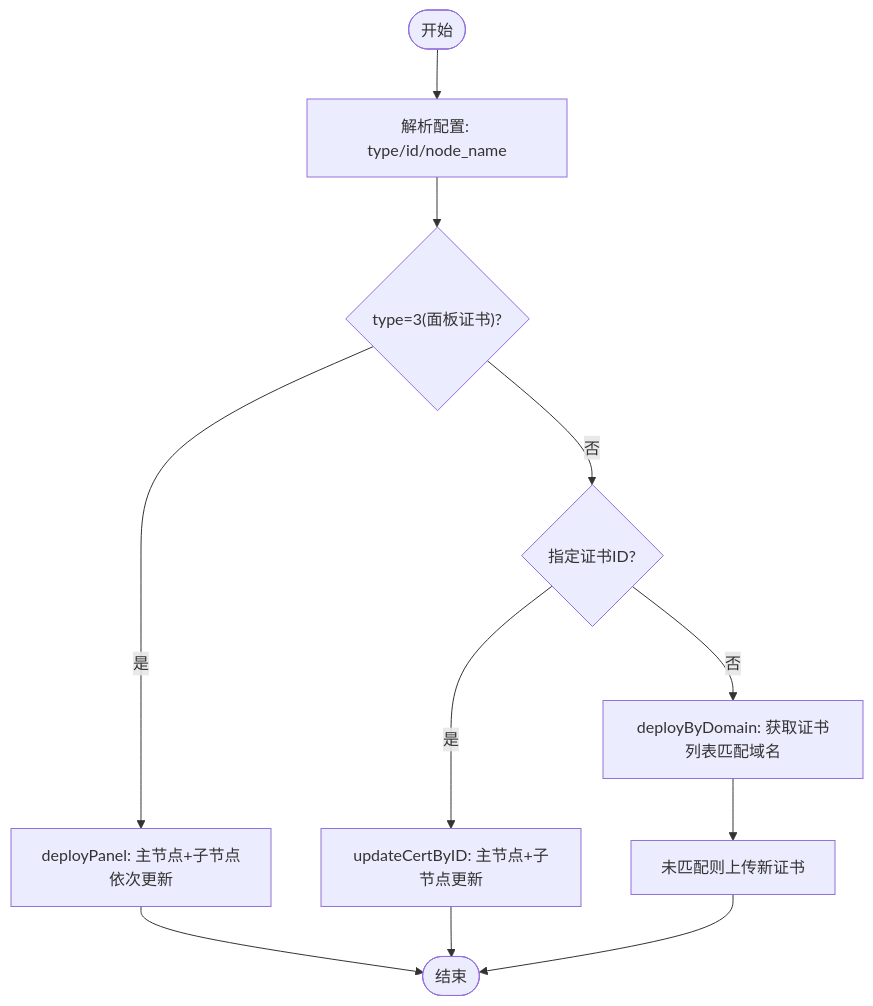
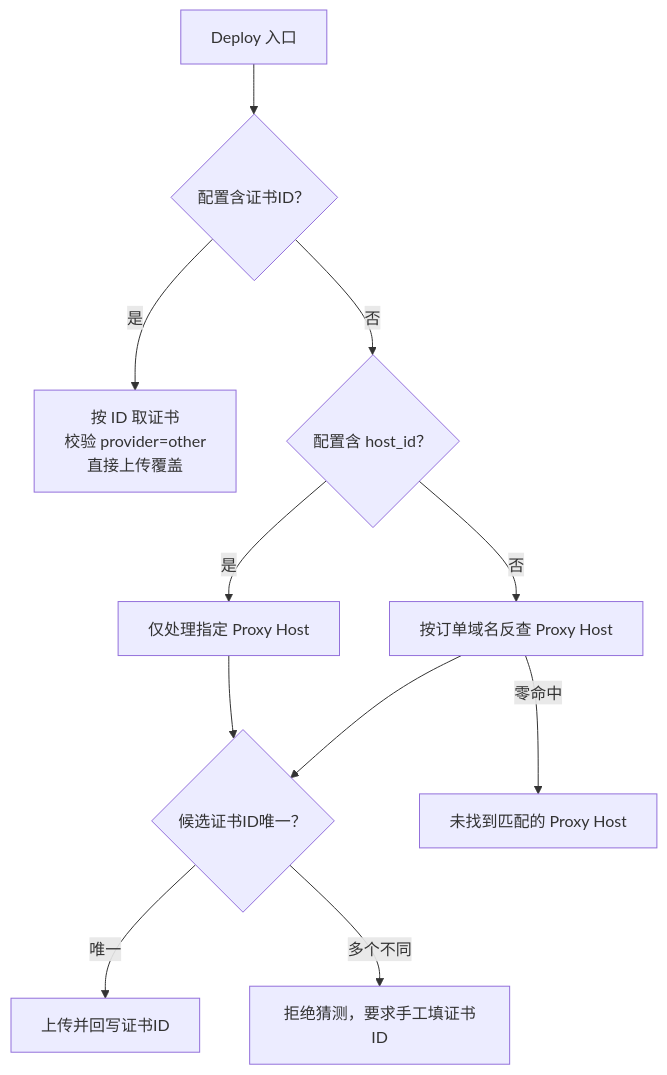
One commit to x01n/dnsplane changed the third of 4 diagrams in docs/证书管理功能/证书部署策略/面板部署.md. Above: the diagram before and after it, drawn with Mermaid. The commit also changed other lines of this file and 326 other files, not shown here.

````diff
--- a/docs/证书管理功能/证书部署策略/面板部署.md
+++ b/docs/证书管理功能/证书部署策略/面板部署.md
@@ -224,13 +439,13 @@
 ```mermaid
 flowchart TD
-S(["开始"]) --> Parse["解析配置: type/id/node_name"]
-Parse --> Type{"type=3(面板证书)?"}
-Type --> |是| Panel["deployPanel: 主节点+子节点依次更新"]
-Type --> |否| ByID{"指定证书ID?"}
-ByID --> |是| UpdateID["updateCertByID: 主节点+子节点更新"]
-ByID --> |否| Match["deployByDomain: 获取证书列表匹配域名"]
-Match --> UploadNew["未匹配则上传新证书"]
-Panel --> End(["结束"])
-UpdateID --> End
-UploadNew --> End
+    开始["Deploy 入口"] --> 有ID{"配置含证书ID？"}
+    有ID -->|是| 直更["按 ID 取证书<br/>校验 provider=other<br/>直接上传覆盖"]
+    有ID -->|否| 有Host{"配置含 host_id？"}
+    有Host -->|是| 单点["仅处理指定 Proxy Host"]
+    有Host -->|否| 匹配["按订单域名反查 Proxy Host"]
+    单点 --> 冲突{"候选证书ID唯一？"}
+    匹配 --> 冲突
+    冲突 -->|唯一| 更新["上传并回写证书ID"]
+    冲突 -->|多个不同| 报错["拒绝猜测，要求手工填证书ID"]
+    匹配 -->|零命中| 提示["未找到匹配的 Proxy Host"]
 ```
````
